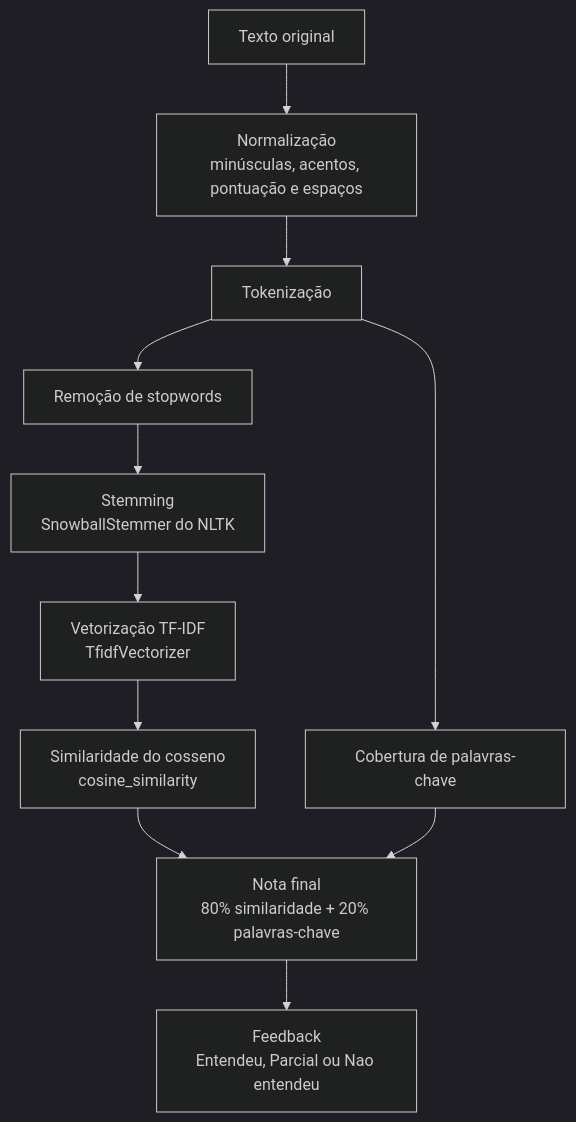
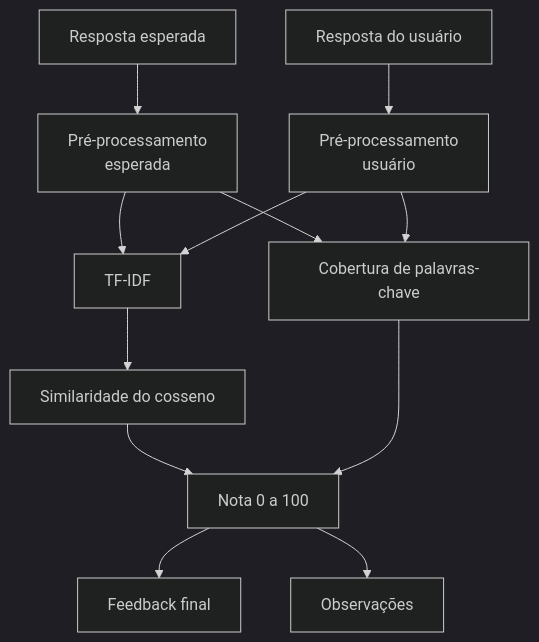
Before and after one commit to cidade-felipe/did-it-understand: the second of 3 diagrams in documentation.md, drawn with Mermaid (dark theme). The commit also changed other lines of this file and 11 other files, not shown here.

````diff
--- a/documentation.md
+++ b/documentation.md
@@ -270,24 +138,25 @@
 ```mermaid
 flowchart TD
-    entrada["Texto original"]
-    normalizacao["Normalização<br/>minúsculas, acentos, pontuação e espaços"]
-    tokens["Tokenização"]
-    stopwords["Remoção de stopwords"]
-    stemming["Stemming<br/>SnowballStemmer do NLTK"]
-    tfidf["Vetorização TF-IDF<br/>TfidfVectorizer"]
-    similaridade["Similaridade do cosseno<br/>cosine_similarity"]
+    esperada["Resposta esperada"]
+    usuario["Resposta do usuário"]
+    prep1["Pré-processamento<br/>esperada"]
+    prep2["Pré-processamento<br/>usuário"]
+    tfidf["TF-IDF"]
+    cosseno["Similaridade do cosseno"]
     keywords["Cobertura de palavras-chave"]
-    nota["Nota final<br/>80% similaridade + 20% palavras-chave"]
-    feedback["Feedback<br/>Entendeu, Parcial ou Nao entendeu"]
+    nota["Nota 0 a 100"]
+    feedback["Feedback final"]
+    obs["Observações"]
 
-    entrada --> normalizacao
-    normalizacao --> tokens
-    tokens --> stopwords
-    stopwords --> stemming
-    stemming --> tfidf
-    tfidf --> similaridade
-    tokens --> keywords
-    similaridade --> nota
+    esperada --> prep1
+    usuario --> prep2
+    prep1 --> tfidf
+    prep2 --> tfidf
+    tfidf --> cosseno
+    prep1 --> keywords
+    prep2 --> keywords
+    cosseno --> nota
     keywords --> nota
     nota --> feedback
+    nota --> obs
 ```
````
